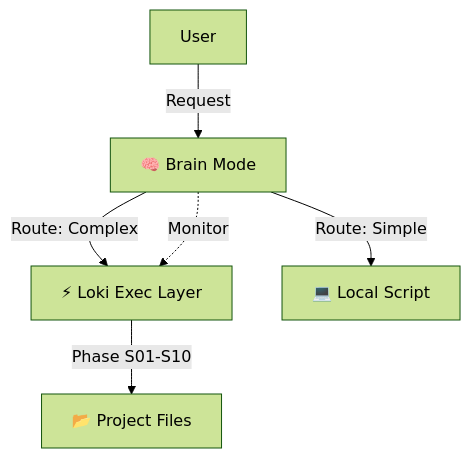
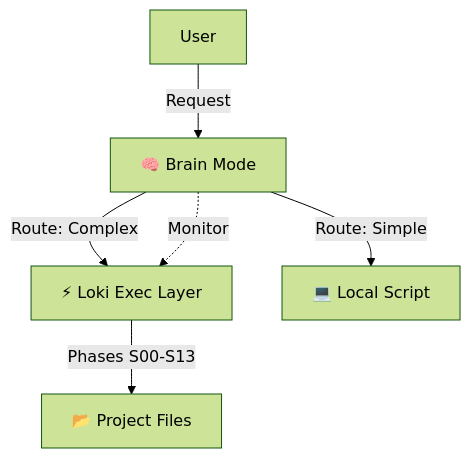
One commit to andreibesleaga/GABBE changed the diagram in agents/guides/architecture/orchestration.md. Above: the diagram before and after it, drawn with Mermaid (forest theme). The commit also changed other lines of this file and 804 other files, not shown here.

````diff
--- a/agents/guides/architecture/orchestration.md
+++ b/agents/guides/architecture/orchestration.md
@@ -45,8 +45,8 @@
 ```mermaid
 graph TD
     User -->|Request| Brain[🧠 Brain Mode]
     Brain -->|Route: Complex| Loki[⚡ Loki Exec Layer]
     Brain -->|Route: Simple| Local[💻 Local Script]
-    Loki -->|Phase S01-S10| Artifacts[📂 Project Files]
+    Loki -->|Phases S00-S13| Artifacts[📂 Project Files]
     Brain -.->|Monitor| Loki
 ```
````
